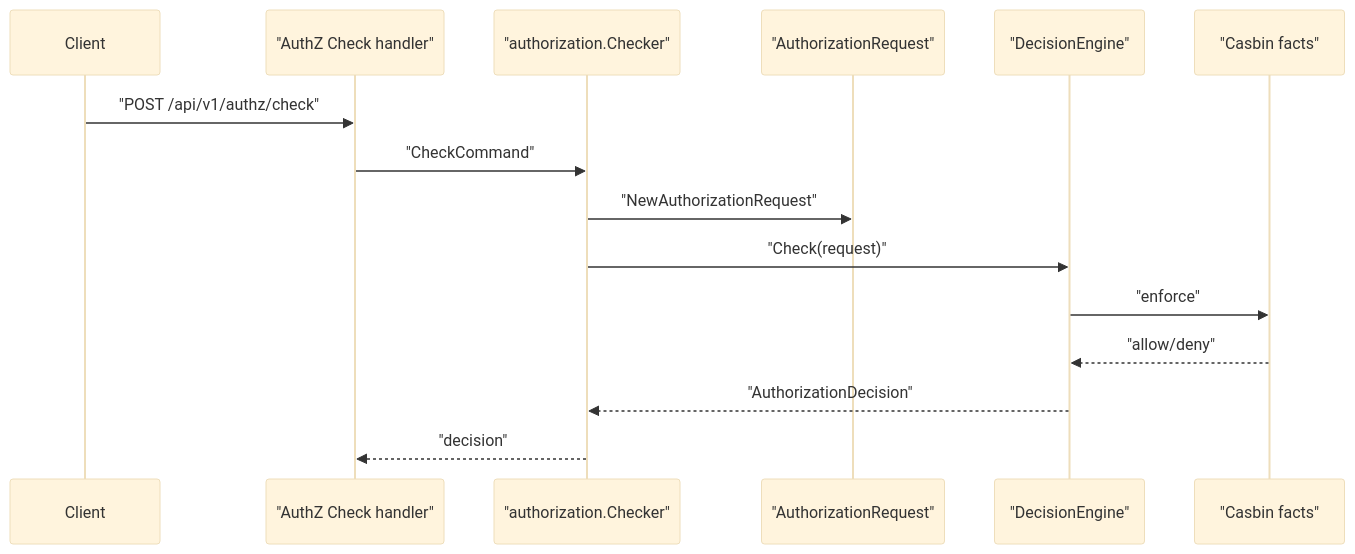
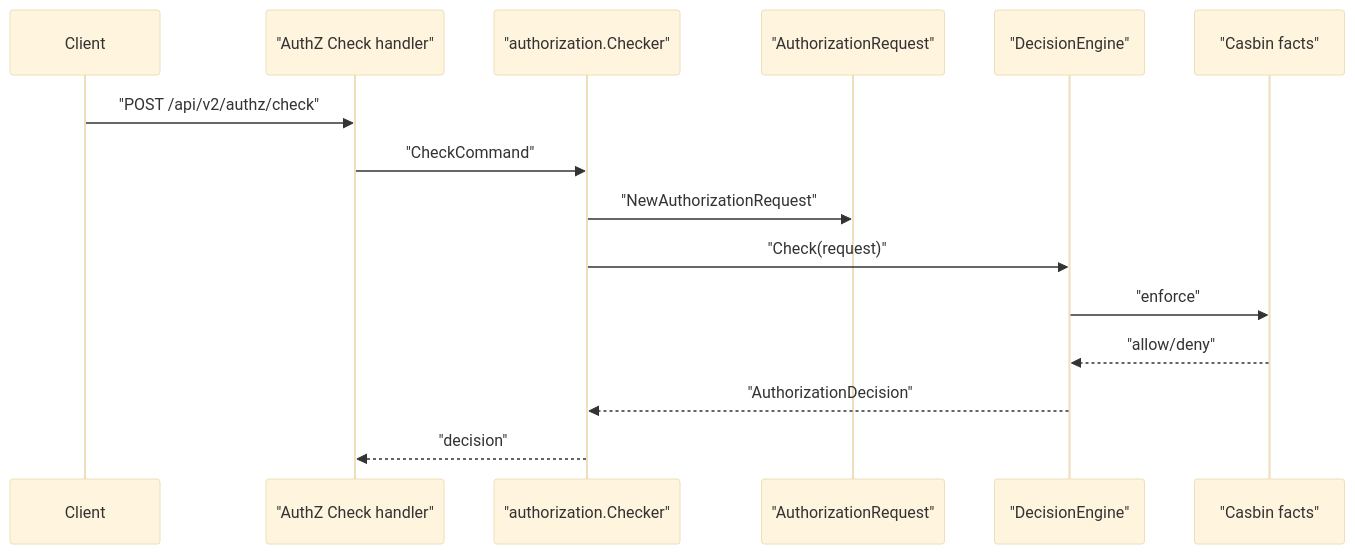
Before and after one commit to FangcunMount/iam: the fourth of 5 diagrams in docs/05-专题分析/03-授权判定链路--角色&策略&资源&Assignment&Casbin.md, drawn with Mermaid (base theme). The commit also changed other lines of this file and 611 other files, not shown here.

````diff
--- a/docs/05-专题分析/03-授权判定链路--角色&策略&资源&Assignment&Casbin.md
+++ b/docs/05-专题分析/03-授权判定链路--角色&策略&资源&Assignment&Casbin.md
@@ -128,18 +128,18 @@
 ```mermaid
 sequenceDiagram
     participant Client
     participant Handler as "AuthZ Check handler"
     participant Checker as "authorization.Checker"
     participant Domain as "AuthorizationRequest"
     participant Engine as "DecisionEngine"
     participant Casbin as "Casbin facts"
 
-    Client->>Handler: "POST /api/v1/authz/check"
+    Client->>Handler: "POST /api/v2/authz/check"
     Handler->>Checker: "CheckCommand"
     Checker->>Domain: "NewAuthorizationRequest"
     Checker->>Engine: "Check(request)"
     Engine->>Casbin: "enforce"
     Casbin-->>Engine: "allow/deny"
     Engine-->>Checker: "AuthorizationDecision"
     Checker-->>Handler: "decision"
 ```
````
